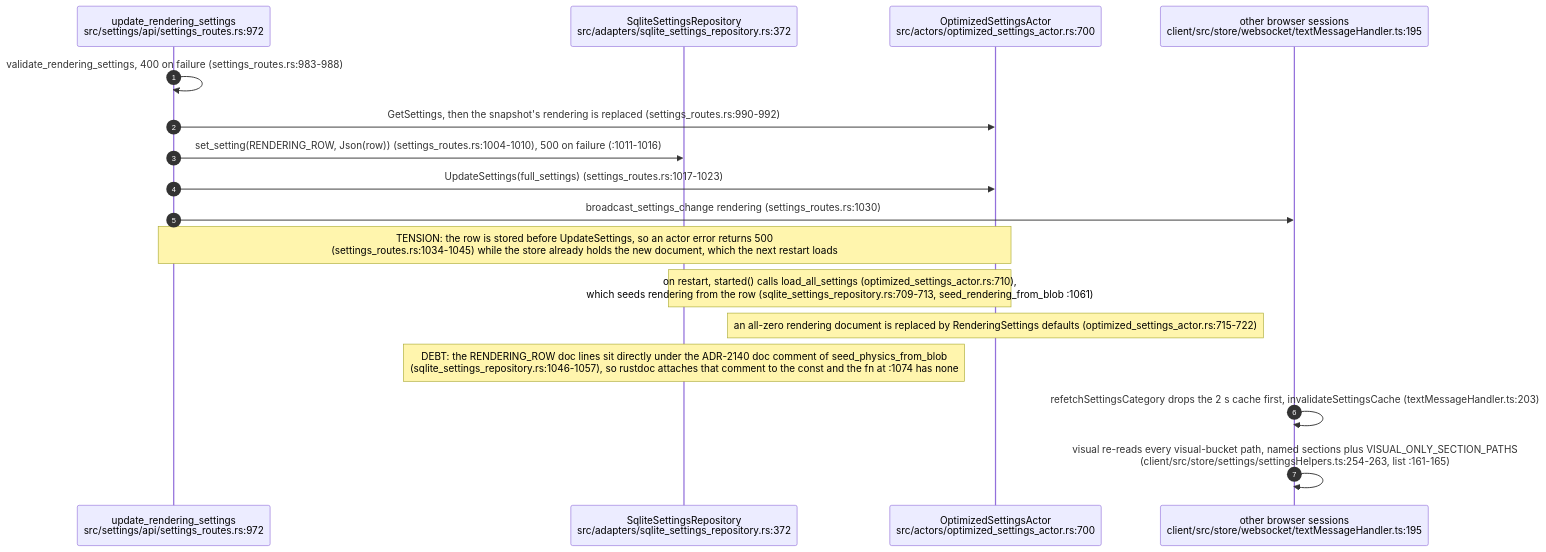
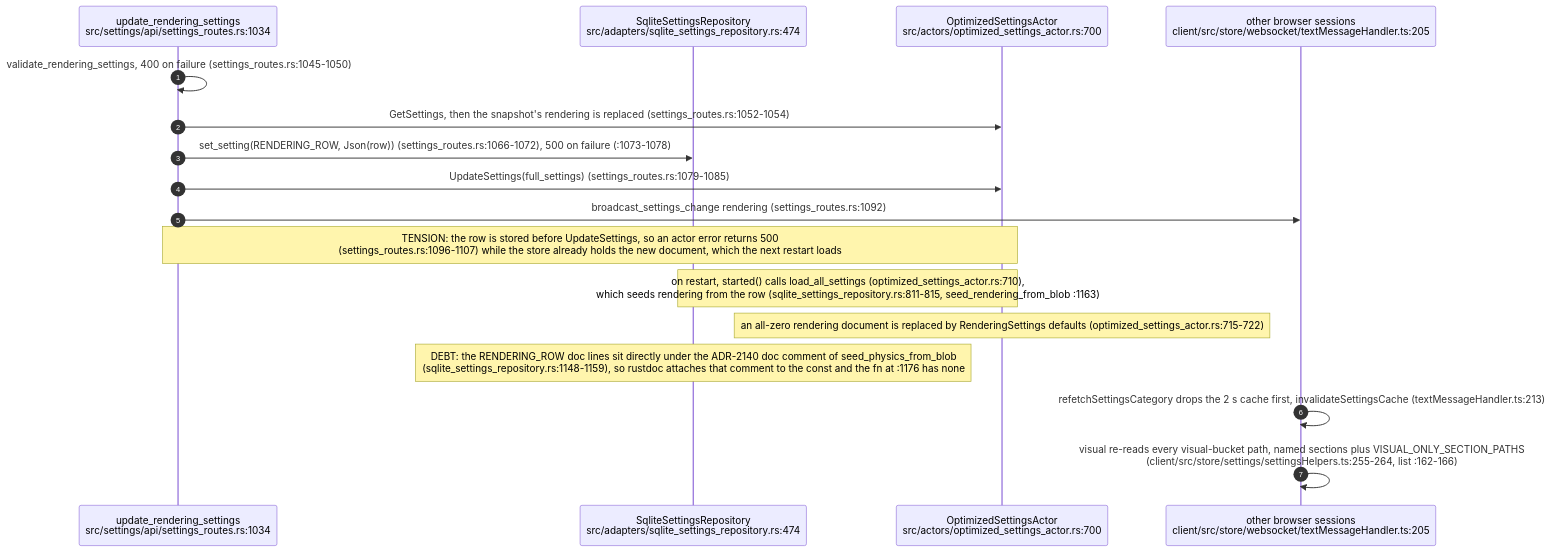
The ninth of 9 diagrams in docs/diagrams/visionclaw/06-settings-round-trip.md (DreamLab-AI/VisionFlow), drawn with Mermaid before and after one commit. The commit also changed other lines of this file and 81 other files, not shown here.

First line of the commit message:
docs(diagrams): roll VisionClaw topics to main 010e1109b (PR 37 and 38 merged); fix remaining prose citations

````diff
--- a/docs/diagrams/visionclaw/06-settings-round-trip.md
+++ b/docs/diagrams/visionclaw/06-settings-round-trip.md
@@ -345,20 +346,20 @@
 ```mermaid
 sequenceDiagram
     autonumber
-    participant H as update_rendering_settings<br/>src/settings/api/settings_routes.rs:972
-    participant AD as SqliteSettingsRepository<br/>src/adapters/sqlite_settings_repository.rs:372
+    participant H as update_rendering_settings<br/>src/settings/api/settings_routes.rs:1034
+    participant AD as SqliteSettingsRepository<br/>src/adapters/sqlite_settings_repository.rs:474
     participant ACT as OptimizedSettingsActor<br/>src/actors/optimized_settings_actor.rs:700
-    participant B as other browser sessions<br/>client/src/store/websocket/textMessageHandler.ts:195
+    participant B as other browser sessions<br/>client/src/store/websocket/textMessageHandler.ts:205
 
-    H->>H: validate_rendering_settings, 400 on failure (settings_routes.rs:983-988)
-    H->>ACT: GetSettings, then the snapshot's rendering is replaced (settings_routes.rs:990-992)
-    H->>AD: set_setting(RENDERING_ROW, Json(row)) (settings_routes.rs:1004-1010), 500 on failure (:1011-1016)
-    H->>ACT: UpdateSettings(full_settings) (settings_routes.rs:1017-1023)
-    H->>B: broadcast_settings_change rendering (settings_routes.rs:1030)
-    Note over H,ACT: TENSION: the row is stored before UpdateSettings, so an actor error returns 500<br/>(settings_routes.rs:1034-1045) while the store already holds the new document, which the next restart loads
-    Note over ACT,AD: on restart, started() calls load_all_settings (optimized_settings_actor.rs:710),<br/>which seeds rendering from the row (sqlite_settings_repository.rs:709-713, seed_rendering_from_blob :1061)
+    H->>H: validate_rendering_settings, 400 on failure (settings_routes.rs:1045-1050)
+    H->>ACT: GetSettings, then the snapshot's rendering is replaced (settings_routes.rs:1052-1054)
+    H->>AD: set_setting(RENDERING_ROW, Json(row)) (settings_routes.rs:1066-1072), 500 on failure (:1073-1078)
+    H->>ACT: UpdateSettings(full_settings) (settings_routes.rs:1079-1085)
+    H->>B: broadcast_settings_change rendering (settings_routes.rs:1092)
+    Note over H,ACT: TENSION: the row is stored before UpdateSettings, so an actor error returns 500<br/>(settings_routes.rs:1096-1107) while the store already holds the new document, which the next restart loads
+    Note over ACT,AD: on restart, started() calls load_all_settings (optimized_settings_actor.rs:710),<br/>which seeds rendering from the row (sqlite_settings_repository.rs:811-815, seed_rendering_from_blob :1163)
     Note over ACT: an all-zero rendering document is replaced by RenderingSettings defaults (optimized_settings_actor.rs:715-722)
-    Note over AD: DEBT: the RENDERING_ROW doc lines sit directly under the ADR-2140 doc comment of seed_physics_from_blob<br/>(sqlite_settings_repository.rs:1046-1057), so rustdoc attaches that comment to the const and the fn at :1074 has none
-    B->>B: refetchSettingsCategory drops the 2 s cache first, invalidateSettingsCache (textMessageHandler.ts:203)
-    B->>B: visual re-reads every visual-bucket path, named sections plus VISUAL_ONLY_SECTION_PATHS<br/>(client/src/store/settings/settingsHelpers.ts:254-263, list :161-165)
+    Note over AD: DEBT: the RENDERING_ROW doc lines sit directly under the ADR-2140 doc comment of seed_physics_from_blob<br/>(sqlite_settings_repository.rs:1148-1159), so rustdoc attaches that comment to the const and the fn at :1176 has none
+    B->>B: refetchSettingsCategory drops the 2 s cache first, invalidateSettingsCache (textMessageHandler.ts:213)
+    B->>B: visual re-reads every visual-bucket path, named sections plus VISUAL_ONLY_SECTION_PATHS<br/>(client/src/store/settings/settingsHelpers.ts:255-264, list :162-166)
 ```
````
